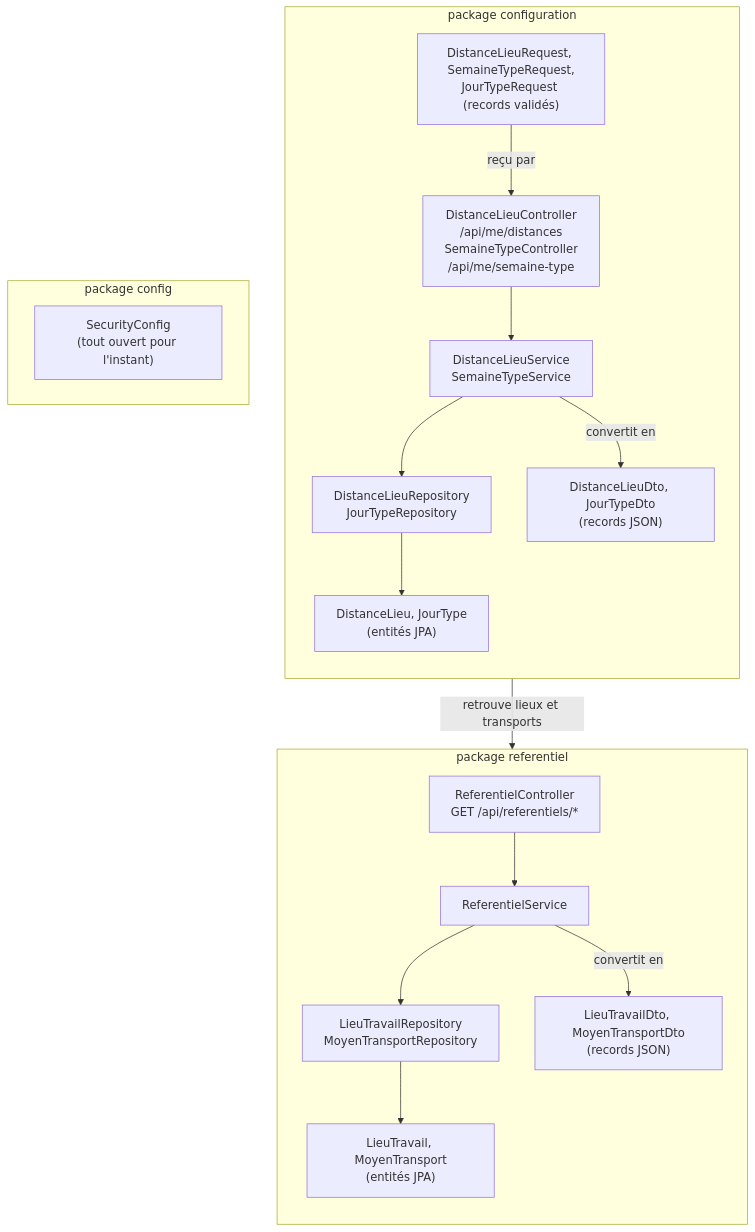
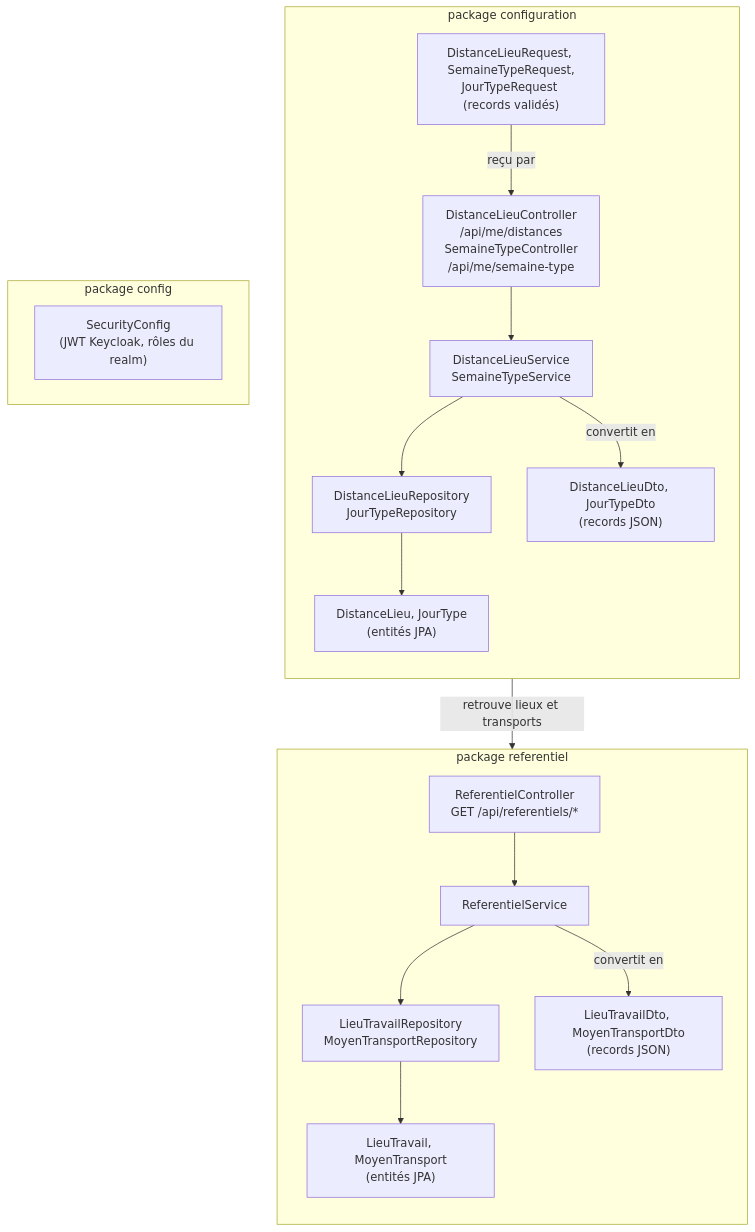
One commit to tadamiura-delia/prime-transport-api changed the second of 4 diagrams in docs/architecture.md. Above: the diagram before and after it, drawn with Mermaid. The commit also changed other lines of this file, not shown here.

````diff
--- a/docs/architecture.md
+++ b/docs/architecture.md
@@ -52,32 +53,32 @@
 ```mermaid
 flowchart TB
     subgraph referentiel["package referentiel"]
         direction TB
         rc["ReferentielController<br/>GET /api/referentiels/*"]
         rs["ReferentielService"]
         rr["LieuTravailRepository<br/>MoyenTransportRepository"]
         re["LieuTravail, MoyenTransport<br/>(entités JPA)"]
         rd["LieuTravailDto, MoyenTransportDto<br/>(records JSON)"]
         rc --> rs --> rr --> re
         rs -- "convertit en" --> rd
     end
 
     subgraph configuration["package configuration"]
         direction TB
         cc["DistanceLieuController<br/>/api/me/distances<br/>SemaineTypeController<br/>/api/me/semaine-type"]
         cs["DistanceLieuService<br/>SemaineTypeService"]
         cr["DistanceLieuRepository<br/>JourTypeRepository"]
         ce["DistanceLieu, JourType<br/>(entités JPA)"]
         cin["DistanceLieuRequest, SemaineTypeRequest,<br/>JourTypeRequest (records validés)"]
         cd["DistanceLieuDto, JourTypeDto<br/>(records JSON)"]
         cc --> cs --> cr --> ce
         cin -- "reçu par" --> cc
         cs -- "convertit en" --> cd
     end
 
     cs -- "retrouve lieux et transports" --> rr
 
     subgraph config["package config"]
-        sec["SecurityConfig<br/>(tout ouvert pour l'instant)"]
+        sec["SecurityConfig<br/>(JWT Keycloak, rôles du realm)"]
     end
 ```
````
